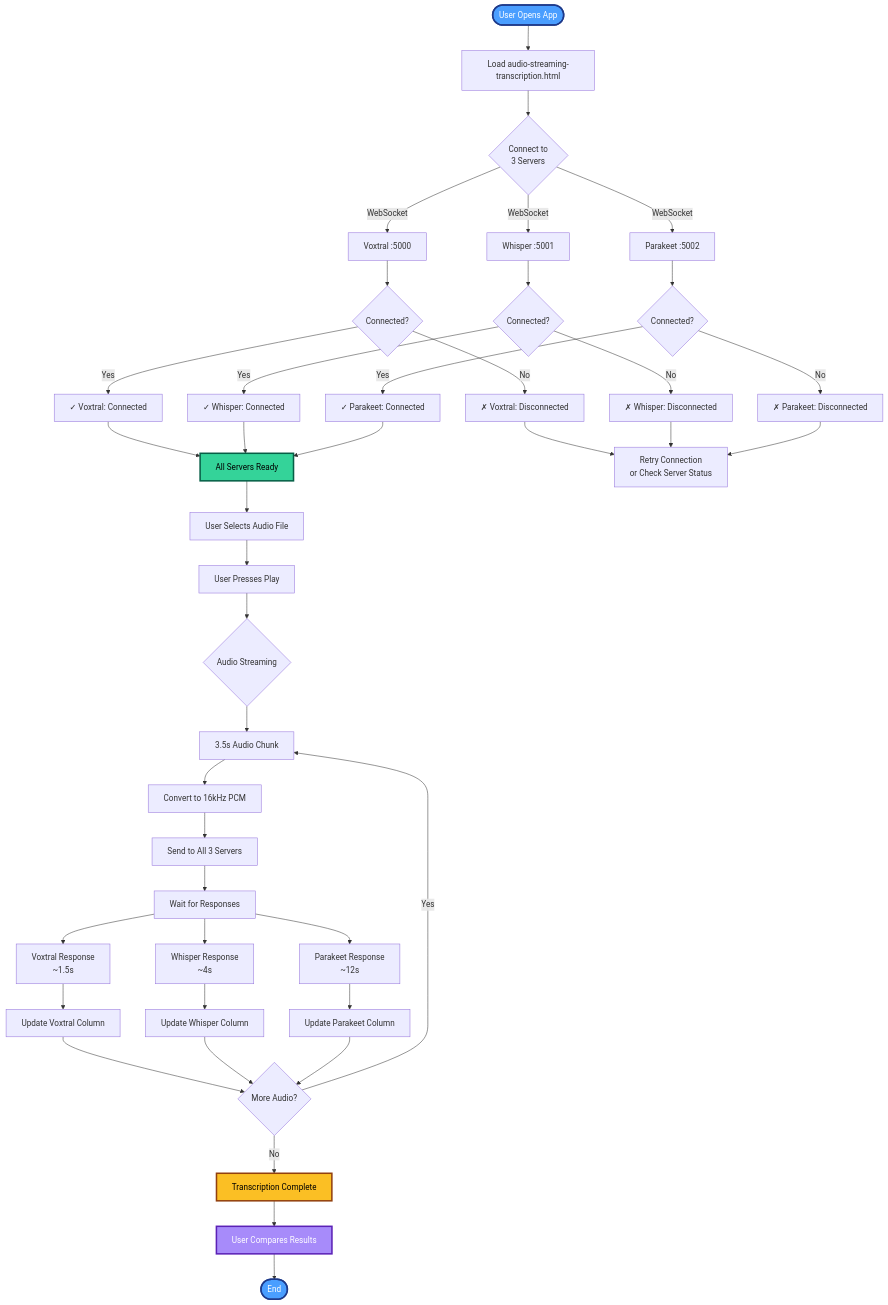
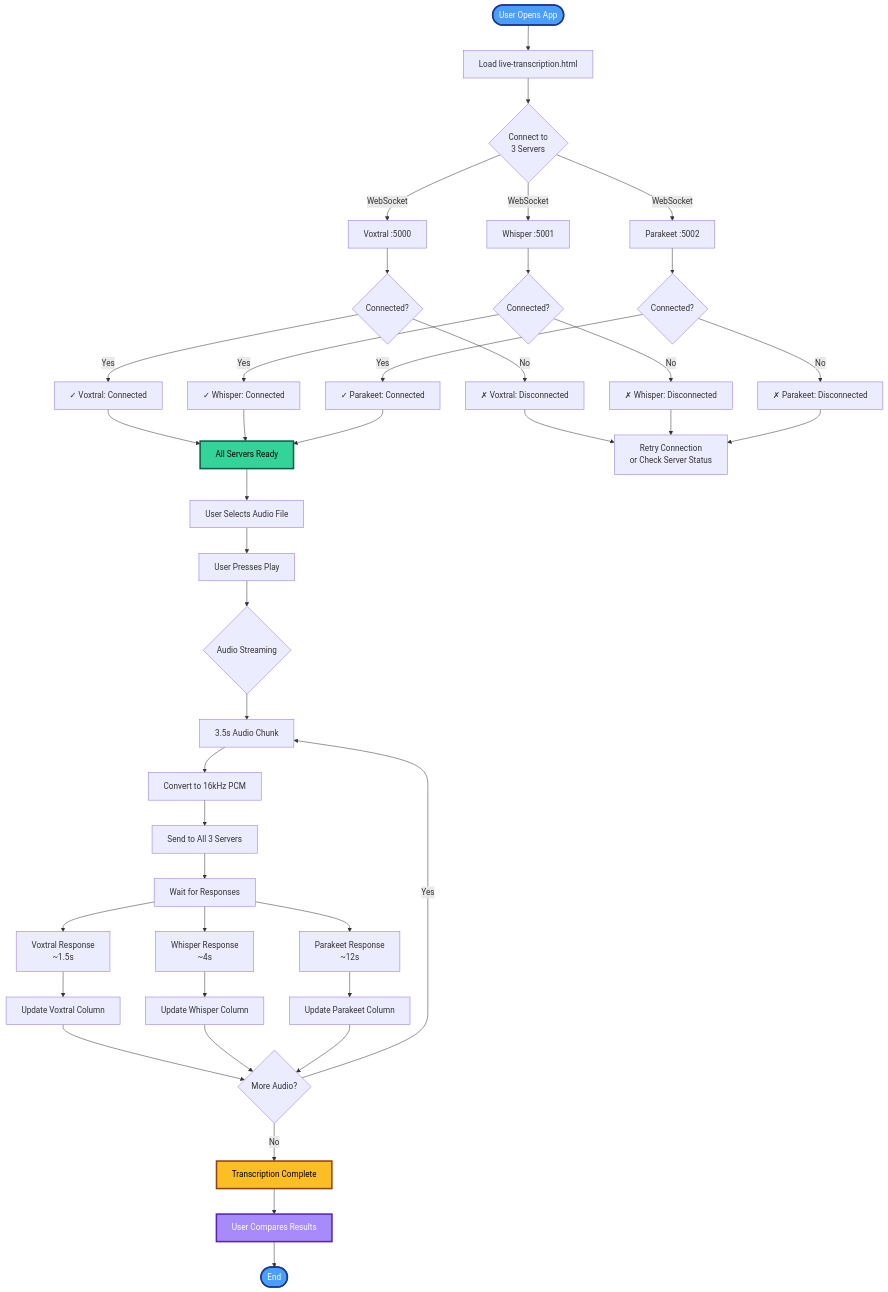
One commit to gjovanov/speech2text changed the diagram in assets/realtime-streaming-flow.mmd. Above: the diagram before and after it, drawn with Mermaid. The commit also changed 16 other files, not shown here.

```diff
--- a/assets/realtime-streaming-flow.mmd
+++ b/assets/realtime-streaming-flow.mmd
@@ -1,54 +1,54 @@
 flowchart TD
-    Start([User Opens App]) --> LoadPage[Load audio-streaming-transcription.html]
+    Start([User Opens App]) --> LoadPage[Load live-transcription.html]
     LoadPage --> Connect{Connect to<br/>3 Servers}
 
     Connect -->|WebSocket| Server1[Voxtral :5000]
     Connect -->|WebSocket| Server2[Whisper :5001]
     Connect -->|WebSocket| Server3[Parakeet :5002]
 
     Server1 --> Check1{Connected?}
     Server2 --> Check2{Connected?}
     Server3 --> Check3{Connected?}
 
     Check1 -->|Yes| Status1[✓ Voxtral: Connected]
     Check1 -->|No| Error1[✗ Voxtral: Disconnected]
     Check2 -->|Yes| Status2[✓ Whisper: Connected]
     Check2 -->|No| Error2[✗ Whisper: Disconnected]
     Check3 -->|Yes| Status3[✓ Parakeet: Connected]
     Check3 -->|No| Error3[✗ Parakeet: Disconnected]
 
     Status1 & Status2 & Status3 --> AllReady[All Servers Ready]
     AllReady --> SelectAudio[User Selects Audio File]
 
     SelectAudio --> Play[User Presses Play]
     Play --> Stream{Audio Streaming}
 
     Stream --> Chunk[3.5s Audio Chunk]
     Chunk --> Process[Convert to 16kHz PCM]
     Process --> SendAll[Send to All 3 Servers]
 
     SendAll --> Wait[Wait for Responses]
 
     Wait --> R1[Voxtral Response<br/>~1.5s]
     Wait --> R2[Whisper Response<br/>~4s]
     Wait --> R3[Parakeet Response<br/>~12s]
 
     R1 --> Display1[Update Voxtral Column]
     R2 --> Display2[Update Whisper Column]
     R3 --> Display3[Update Parakeet Column]
 
     Display1 & Display2 & Display3 --> Continue{More Audio?}
 
     Continue -->|Yes| Chunk
     Continue -->|No| Complete[Transcription Complete]
 
     Complete --> Compare[User Compares Results]
     Compare --> End([End])
 
     Error1 & Error2 & Error3 --> Retry[Retry Connection<br/>or Check Server Status]
 
     style Start fill:#4a9eff,stroke:#1e3a8a,stroke-width:3px,color:#fff
     style AllReady fill:#34d399,stroke:#065f46,stroke-width:3px,color:#000
     style Complete fill:#fbbf24,stroke:#92400e,stroke-width:3px,color:#000
     style Compare fill:#a78bfa,stroke:#5b21b6,stroke-width:3px,color:#fff
     style End fill:#4a9eff,stroke:#1e3a8a,stroke-width:3px,color:#fff
```
